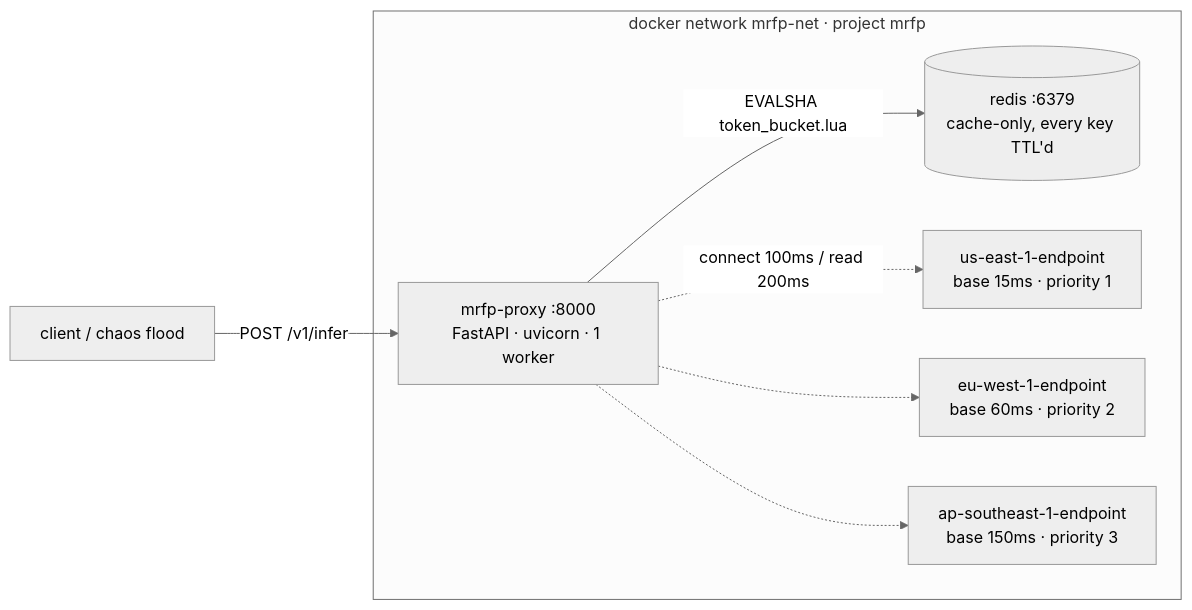
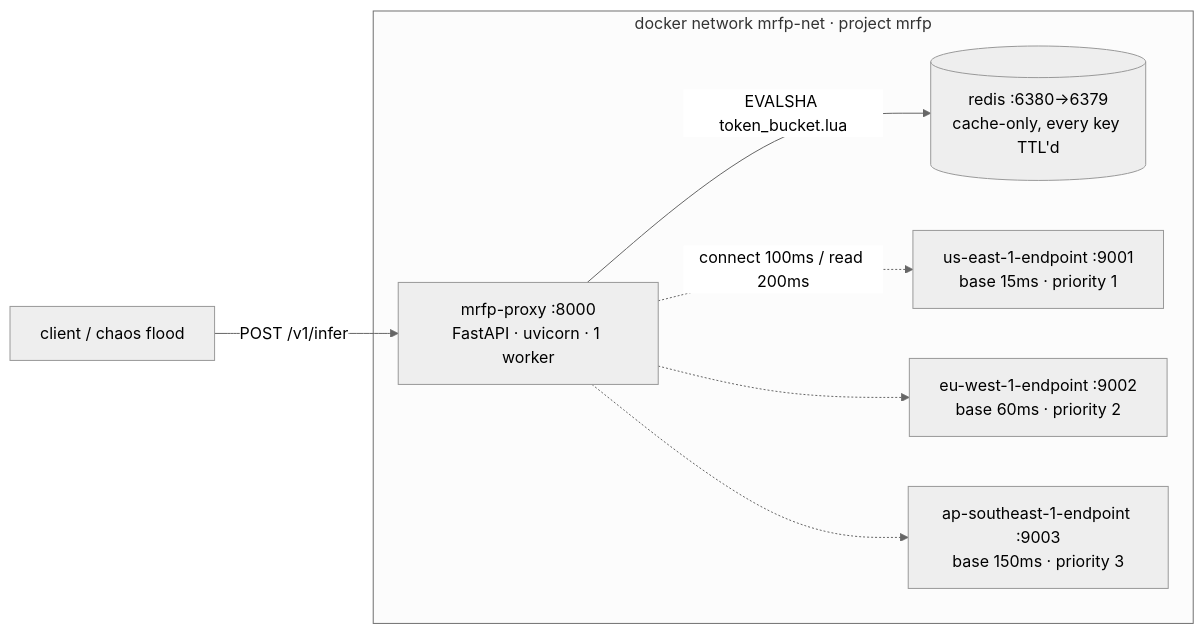
One commit to Tanishpd/multi-region-failover-proxy changed the first of 4 diagrams in docs/ARCHITECTURE.md. Above: the diagram before and after it, drawn with Mermaid (neutral theme). The commit also changed other lines of this file and 7 other files, not shown here.

````diff
--- a/docs/ARCHITECTURE.md
+++ b/docs/ARCHITECTURE.md
@@ -11,15 +11,15 @@
 ```mermaid
 flowchart LR
   C[client / chaos flood] -->|POST /v1/infer| P
   subgraph net["docker network mrfp-net · project mrfp"]
     P["mrfp-proxy :8000<br/>FastAPI · uvicorn · 1 worker"]
-    R[("redis :6379<br/>cache-only, every key TTL'd")]
-    E1["us-east-1-endpoint<br/>base 15ms · priority 1"]
-    E2["eu-west-1-endpoint<br/>base 60ms · priority 2"]
-    E3["ap-southeast-1-endpoint<br/>base 150ms · priority 3"]
+    R[("redis :6380→6379<br/>cache-only, every key TTL'd")]
+    E1["us-east-1-endpoint :9001<br/>base 15ms · priority 1"]
+    E2["eu-west-1-endpoint :9002<br/>base 60ms · priority 2"]
+    E3["ap-southeast-1-endpoint :9003<br/>base 150ms · priority 3"]
   end
   P -->|EVALSHA token_bucket.lua| R
   P -.->|"connect 100ms / read 200ms"| E1
   P -.-> E2
   P -.-> E3
 ```
````
